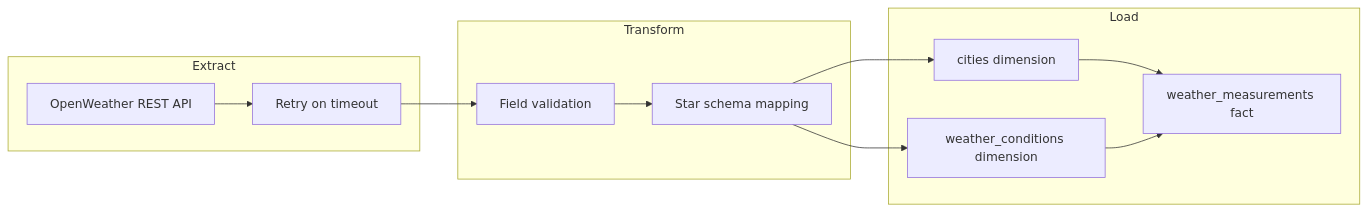
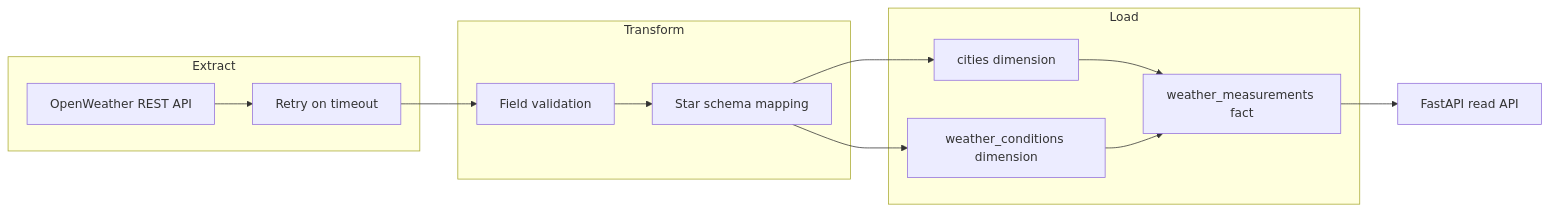
The diagram in README.md (Makhosetive7/weather-etl-pipeline), drawn with Mermaid before and after one commit. The commit also changed other lines of this file and 40 other files, not shown here.

First line of the commit message:
Complete portfolio build: CI, Docker, Pydantic ETL, FastAPI, and docs.

````diff
--- a/README.md
+++ b/README.md
@@ -19,18 +25,19 @@
 ```mermaid
 flowchart LR
     subgraph extract [Extract]
         API[OpenWeather REST API]
         Retry[Retry on timeout]
     end
     subgraph transform [Transform]
         Validate[Field validation]
         Map[Star schema mapping]
     end
     subgraph load [Load]
         DimCity[cities dimension]
         DimCond[weather_conditions dimension]
         Fact[weather_measurements fact]
     end
     API --> Retry --> Validate --> Map --> DimCity --> Fact
     Map --> DimCond --> Fact
+    Fact --> ReadAPI[FastAPI read API]
 ```
````
